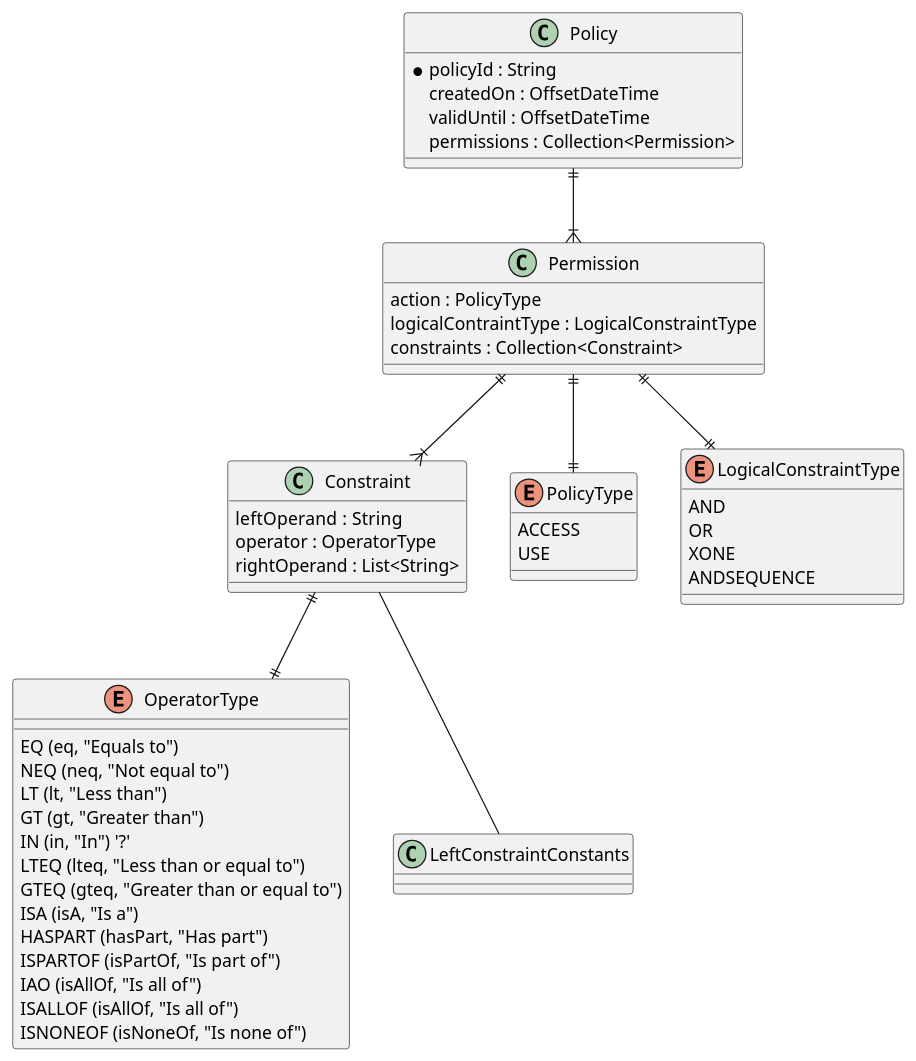
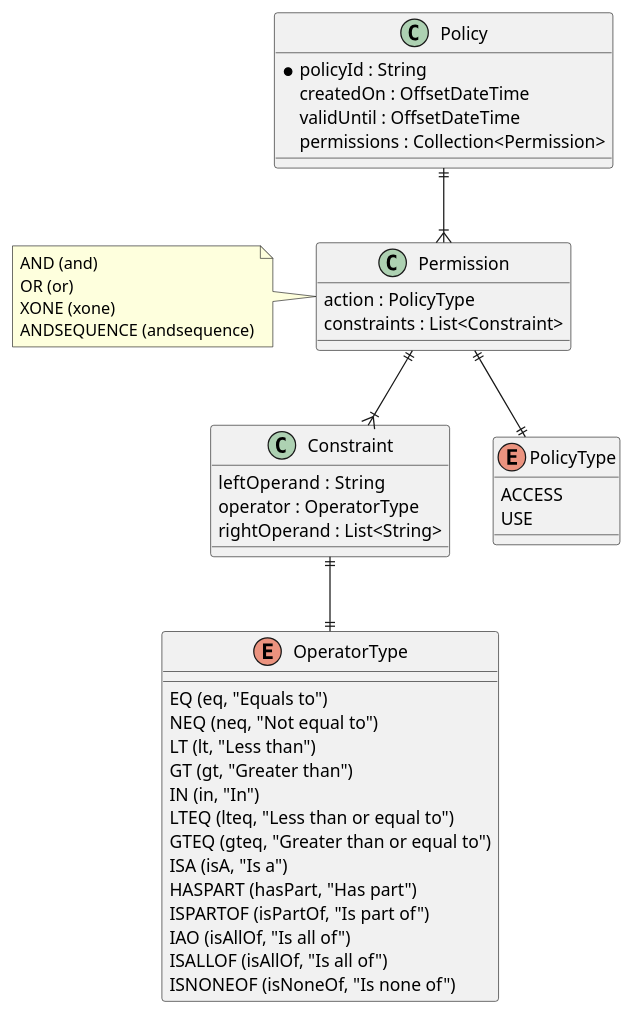
Before and after one commit to eclipse-tractusx/item-relationship-service: the diagram in docs/src/uml-diagrams/policy-store/policy-store-model.puml, drawn with PlantUML.

Commit message:
fix():[TRI-1512] change to list and remove LogicalConstraintType

```diff
--- a/docs/src/uml-diagrams/policy-store/policy-store-model.puml
+++ b/docs/src/uml-diagrams/policy-store/policy-store-model.puml
@@ -1,77 +1,72 @@
 @startuml
 'https://plantuml.com/class-diagram
 
-
-
 'https://www.w3.org/TR/odrl-model/'
-
 
 class Policy {
     * policyId : String
     createdOn : OffsetDateTime
     validUntil : OffsetDateTime
     permissions : Collection<Permission>
 }
 
 class Permission {
     action : PolicyType
-    logicalContraintType : LogicalConstraintType
-    constraints : Collection<Constraint>
+    constraints : List<Constraint>
 }
 
+note left
+    AND (and)
+    OR (or)
+    XONE (xone)
+    ANDSEQUENCE (andsequence)
+end note
 
 class Constraint {
      leftOperand  : String
      operator : OperatorType
      rightOperand : List<String>
 }
 
 'https://www.w3.org/TR/odrl-vocab/#constraintRelationalOperators'
 enum OperatorType {
     EQ (eq, "Equals to")
     NEQ (neq, "Not equal to")
     LT (lt, "Less than")
     GT (gt, "Greater than")
-    IN (in, "In") '?'
+    IN (in, "In")
     LTEQ (lteq, "Less than or equal to")
     GTEQ (gteq, "Greater than or equal to")
     ISA (isA, "Is a")
     HASPART (hasPart, "Has part")
     ISPARTOF (isPartOf, "Is part of")
     IAO (isAllOf, "Is all of")
     ISALLOF (isAllOf, "Is all of")
     ISNONEOF (isNoneOf, "Is none of")
 }
 
 '"@id": "http://www.w3.org/ns/odrl/2/gt"'
 '"@id": "http://www.w3.org/ns/odrl/2/gteq"'
 '"@id": "http://www.w3.org/ns/odrl/2/isPartOf"'
 '"@id": "http://www.w3.org/ns/odrl/2/hasPart"'
 '"@id": "http://www.w3.org/ns/odrl/2/isAnyOf"'
 '"@id": "http://www.w3.org/ns/odrl/2/lteq"'
 '"@id": "http://www.w3.org/ns/odrl/2/eq"'
 '"@id": "http://www.w3.org/ns/odrl/2/neq"'
 '"@id": "http://www.w3.org/ns/odrl/2/isNoneOf"'
 '"@id": "http://www.w3.org/ns/odrl/2/lt"'
 '"@id": "http://www.w3.org/ns/odrl/2/isAllOf"'
 '"@id": "http://www.w3.org/ns/odrl/2/isA"'
 
 enum PolicyType {
     ACCESS
     USE
 }
 
-enum LogicalConstraintType{
-    AND
-    OR
-    XONE
-    ANDSEQUENCE
-}
+
 
 Policy ||--|{  Permission
 Permission ||--|| PolicyType
-Permission ||--|| LogicalConstraintType
-Permission ||--|{   Constraint
+Permission ||--|{  Constraint
 Constraint ||--|| OperatorType
-Constraint -- LeftConstraintConstants
 @enduml
```
